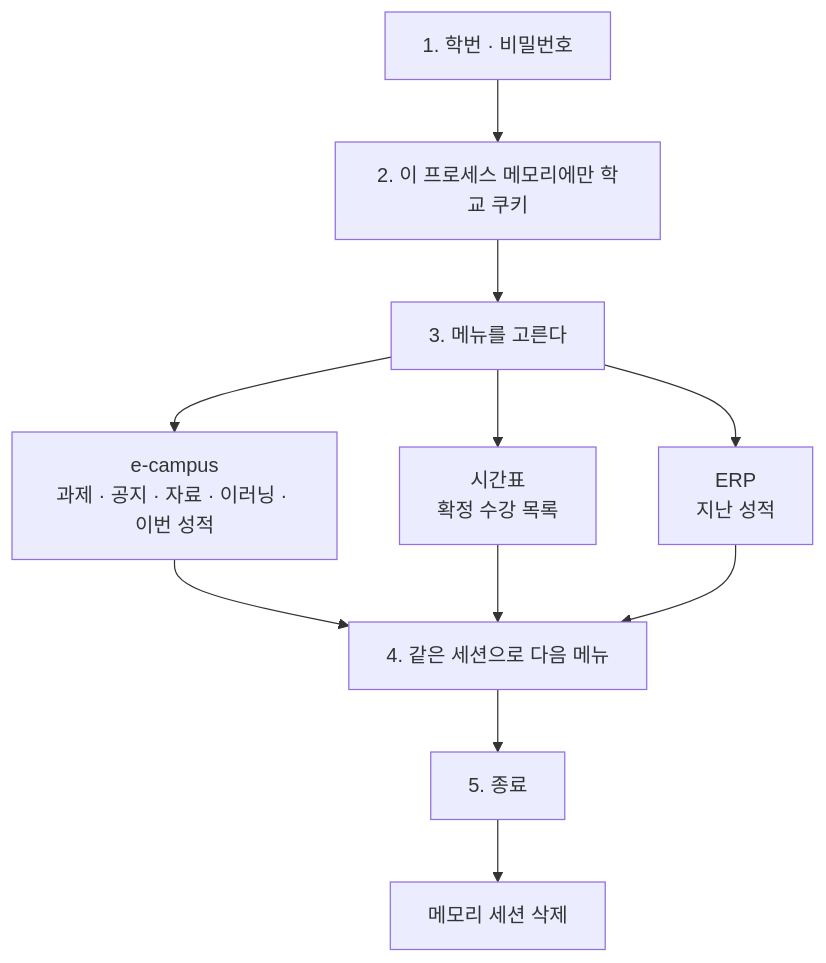
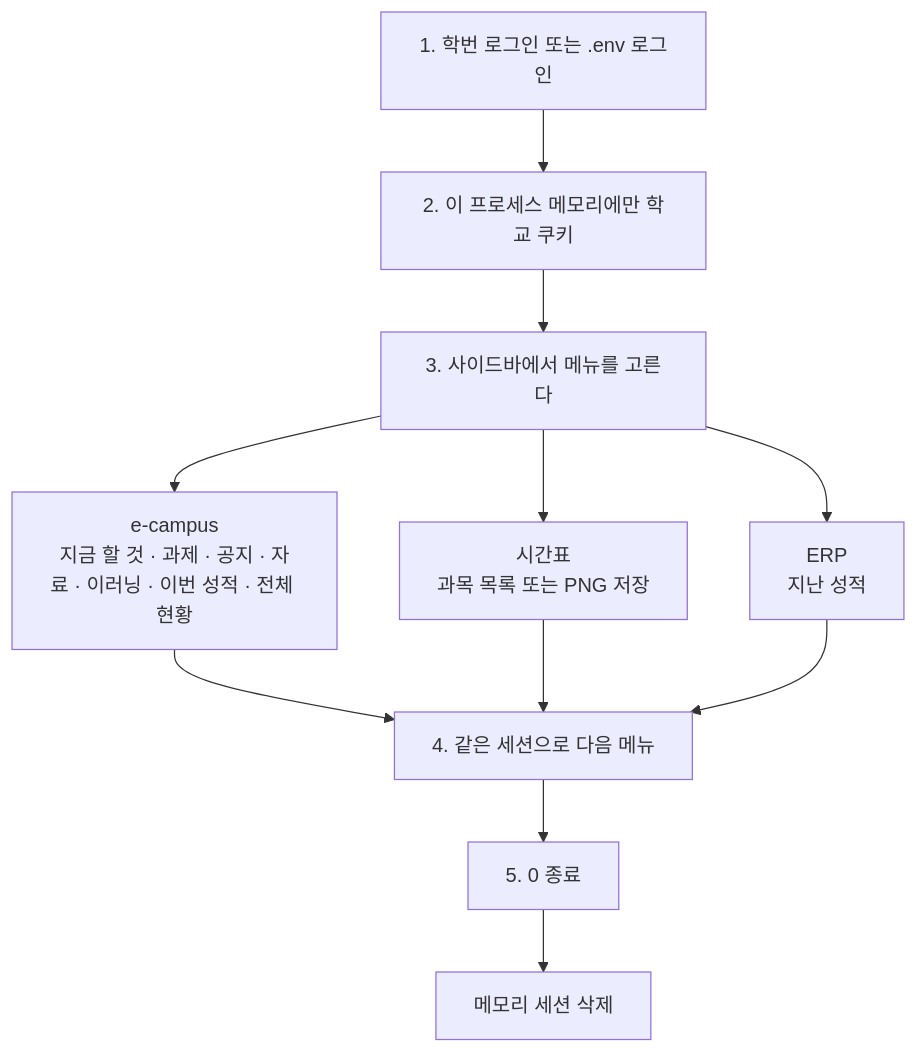
Before and after one commit to hy040504/seowon-cli: the diagram in README.md, drawn with Mermaid. The commit also changed other lines of this file and 17 other files, not shown here.

````diff
--- a/README.md
+++ b/README.md
@@ -71,13 +128,13 @@
 ```mermaid
 flowchart TD
-  login["1. 학번 · 비밀번호"] --> mem["2. 이 프로세스 메모리에만 학교 쿠키"]
-  mem --> menu["3. 메뉴를 고른다"]
-  menu --> lms["e-campus<br/>과제 · 공지 · 자료 · 이러닝 · 이번 성적"]
-  menu --> tt["시간표<br/>확정 수강 목록"]
+  login["1. 학번 로그인 또는 .env 로그인"] --> mem["2. 이 프로세스 메모리에만 학교 쿠키"]
+  mem --> menu["3. 사이드바에서 메뉴를 고른다"]
+  menu --> lms["e-campus<br/>지금 할 것 · 과제 · 공지 · 자료 · 이러닝 · 이번 성적 · 전체 현황"]
+  menu --> tt["시간표<br/>과목 목록 또는 PNG 저장"]
   menu --> erp["ERP<br/>지난 성적"]
   lms --> stay["4. 같은 세션으로 다음 메뉴"]
   tt --> stay
   erp --> stay
-  stay --> close["5. 종료"]
+  stay --> close["5. 0 종료"]
   close --> gone["메모리 세션 삭제"]
 ```
````
